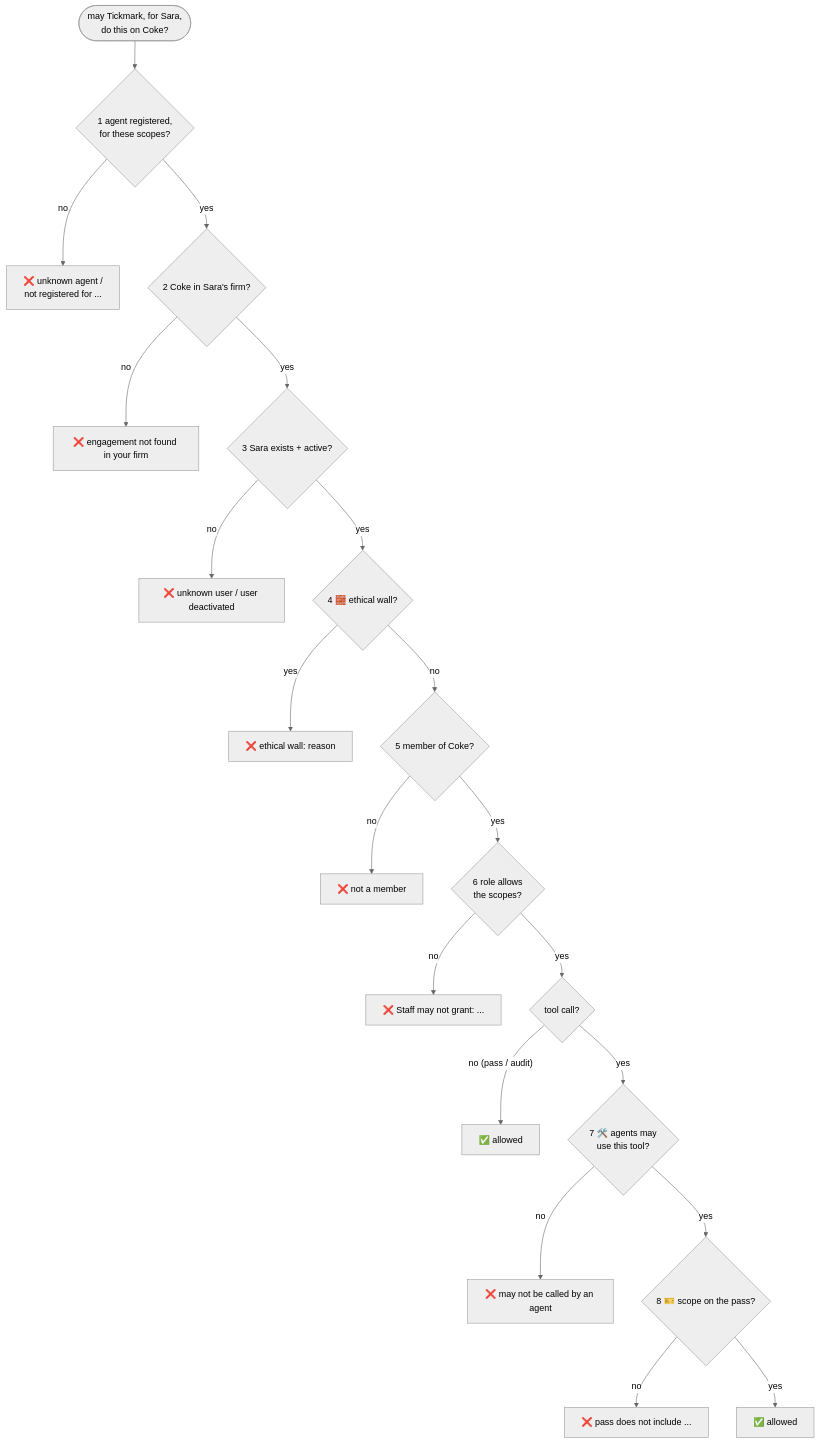
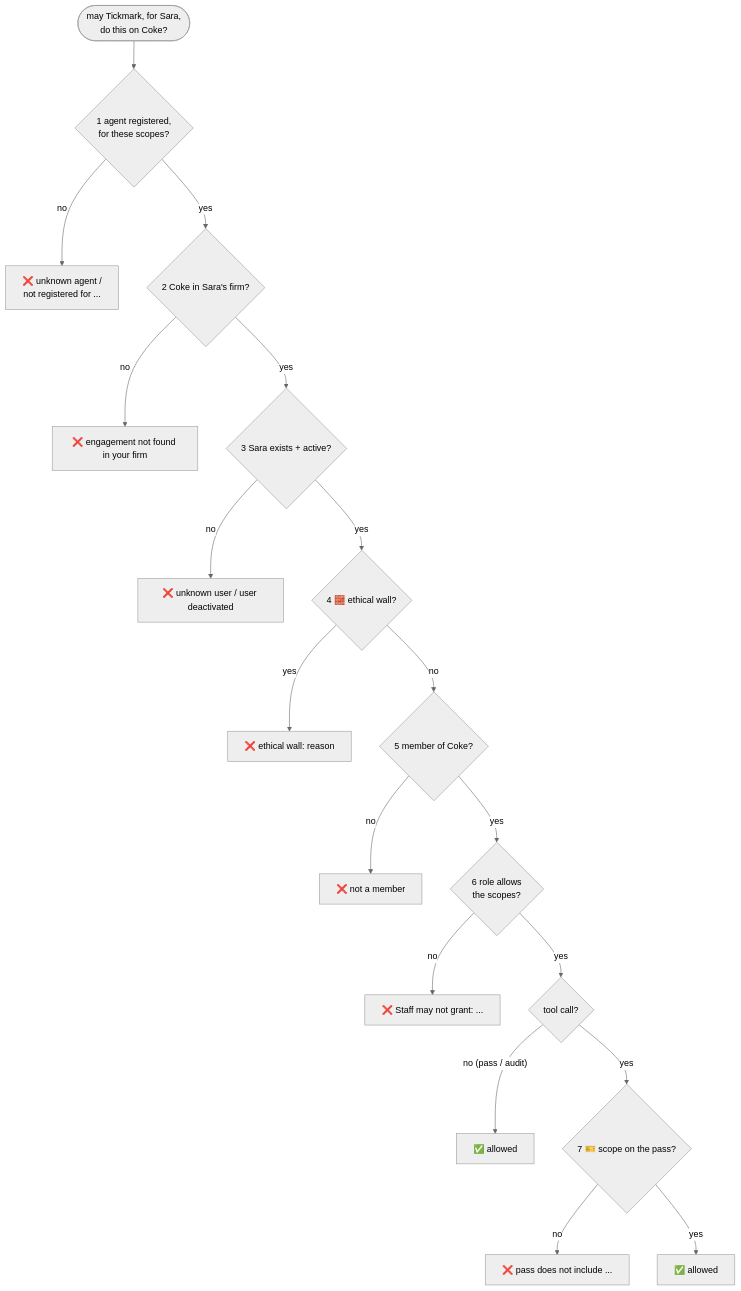
Before and after one commit to musishere/Warden-tickmark: the tenth of 24 diagrams in warden/docs/how-it-works.md, drawn with Mermaid (neutral theme). The commit also changed other lines of this file and 32 other files, not shown here.

````diff
--- a/warden/docs/how-it-works.md
+++ b/warden/docs/how-it-works.md
@@ -479,22 +486,20 @@
 ```mermaid
 flowchart TD
     Start(["may Tickmark, for Sara,<br/>do this on Coke?"]) --> Q1{"1 agent registered,<br/>for these scopes?"}
     Q1 -->|no| X1["❌ unknown agent /<br/>not registered for ..."]
     Q1 -->|yes| Q2{"2 Coke in Sara's firm?"}
     Q2 -->|no| X2["❌ engagement not found in your firm"]
     Q2 -->|yes| Q3{"3 Sara exists + active?"}
     Q3 -->|no| X3["❌ unknown user / user deactivated"]
     Q3 -->|yes| Q4{"4 🧱 ethical wall?"}
     Q4 -->|yes| X4["❌ ethical wall: reason"]
     Q4 -->|no| Q5{"5 member of Coke?"}
     Q5 -->|no| X5["❌ not a member"]
     Q5 -->|yes| Q6{"6 role allows<br/>the scopes?"}
     Q6 -->|no| X6["❌ Staff may not grant: ..."]
     Q6 -->|yes| T{"tool call?"}
     T -->|"no (pass / audit)"| OK1["✅ allowed"]
-    T -->|yes| Q7{"7 🛠️ agents may<br/>use this tool?"}
-    Q7 -->|no| X7["❌ may not be called by an agent"]
-    Q7 -->|yes| Q8{"8 🎫 scope on the pass?"}
-    Q8 -->|no| X8["❌ pass does not include ..."]
-    Q8 -->|yes| OK2["✅ allowed"]
+    T -->|yes| Q7{"7 🎫 scope on the pass?"}
+    Q7 -->|no| X7["❌ pass does not include ..."]
+    Q7 -->|yes| OK2["✅ allowed"]
 ```
````
